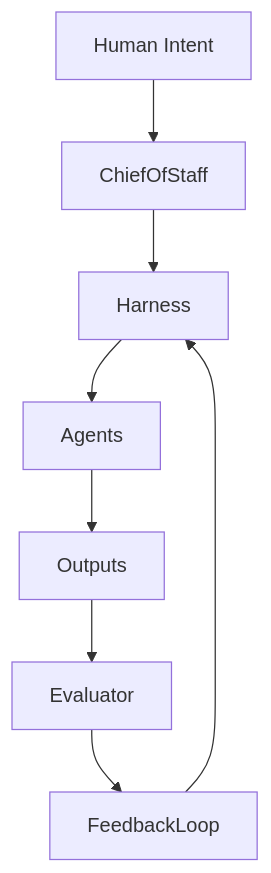
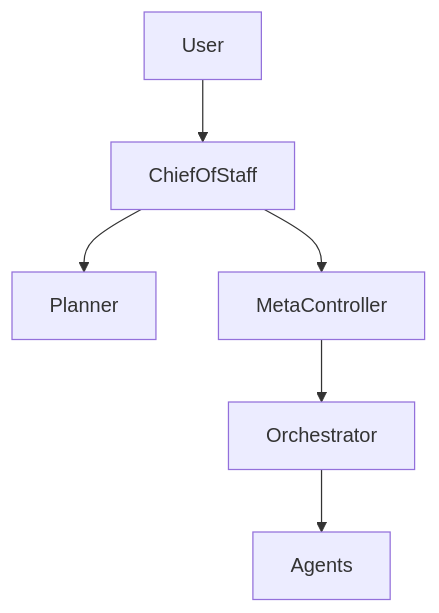
Before and after one commit to CharlesLuxinger/harness-eng-multi-agent: the diagram in agents/chief-of-staff.md, drawn with Mermaid. The commit also changed other lines of this file and 4 other files, not shown here.

Commit message:
feat: introduce Chief of Staff agent with strategic control and deterministic governance frameworks

````diff
--- a/agents/chief-of-staff.md
+++ b/agents/chief-of-staff.md
@@ -184,11 +194,11 @@
 ```mermaid
 graph TD
 
-Human[Human Intent] --> ChiefOfStaff
-ChiefOfStaff --> Harness
-Harness --> Agents
-Agents --> Outputs
-Outputs --> Evaluator
-Evaluator --> FeedbackLoop
-FeedbackLoop --> Harness
+User --> ChiefOfStaff
+
+ChiefOfStaff --> Planner
+ChiefOfStaff --> MetaController
+
+MetaController --> Orchestrator
+Orchestrator --> Agents
 ```
````
